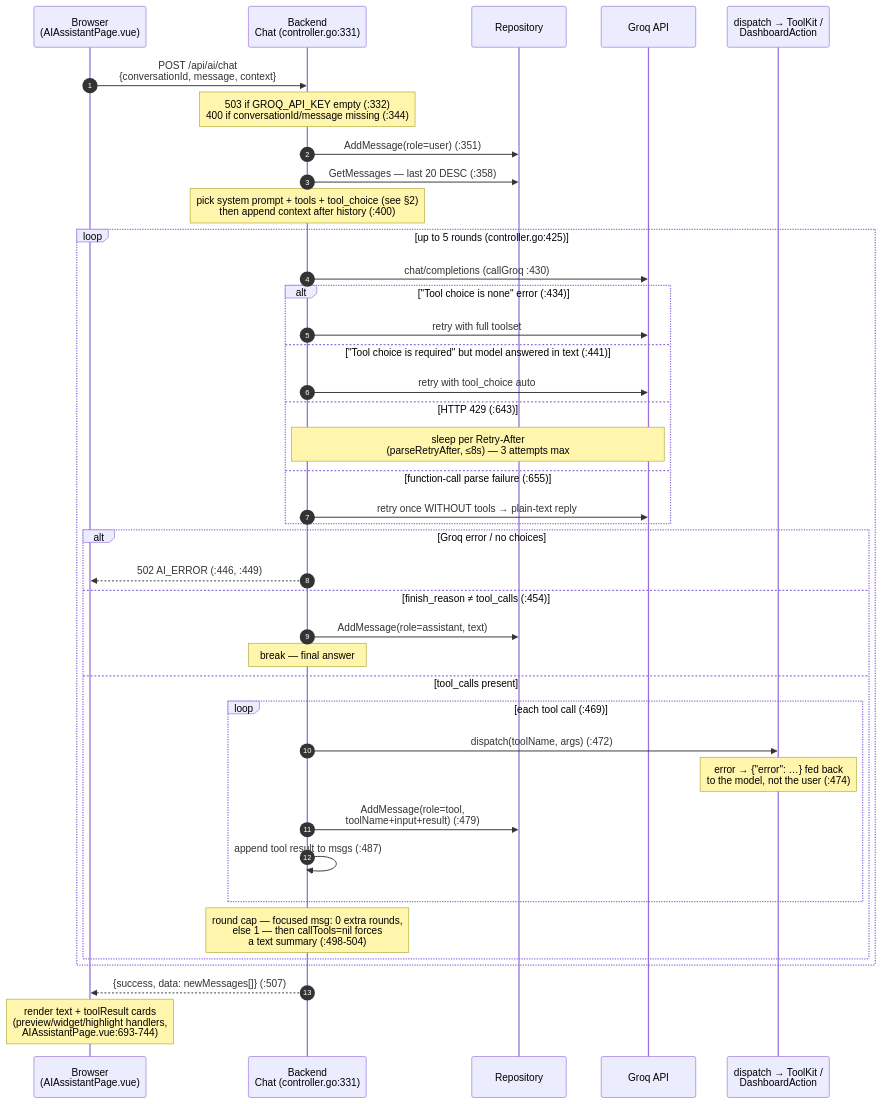
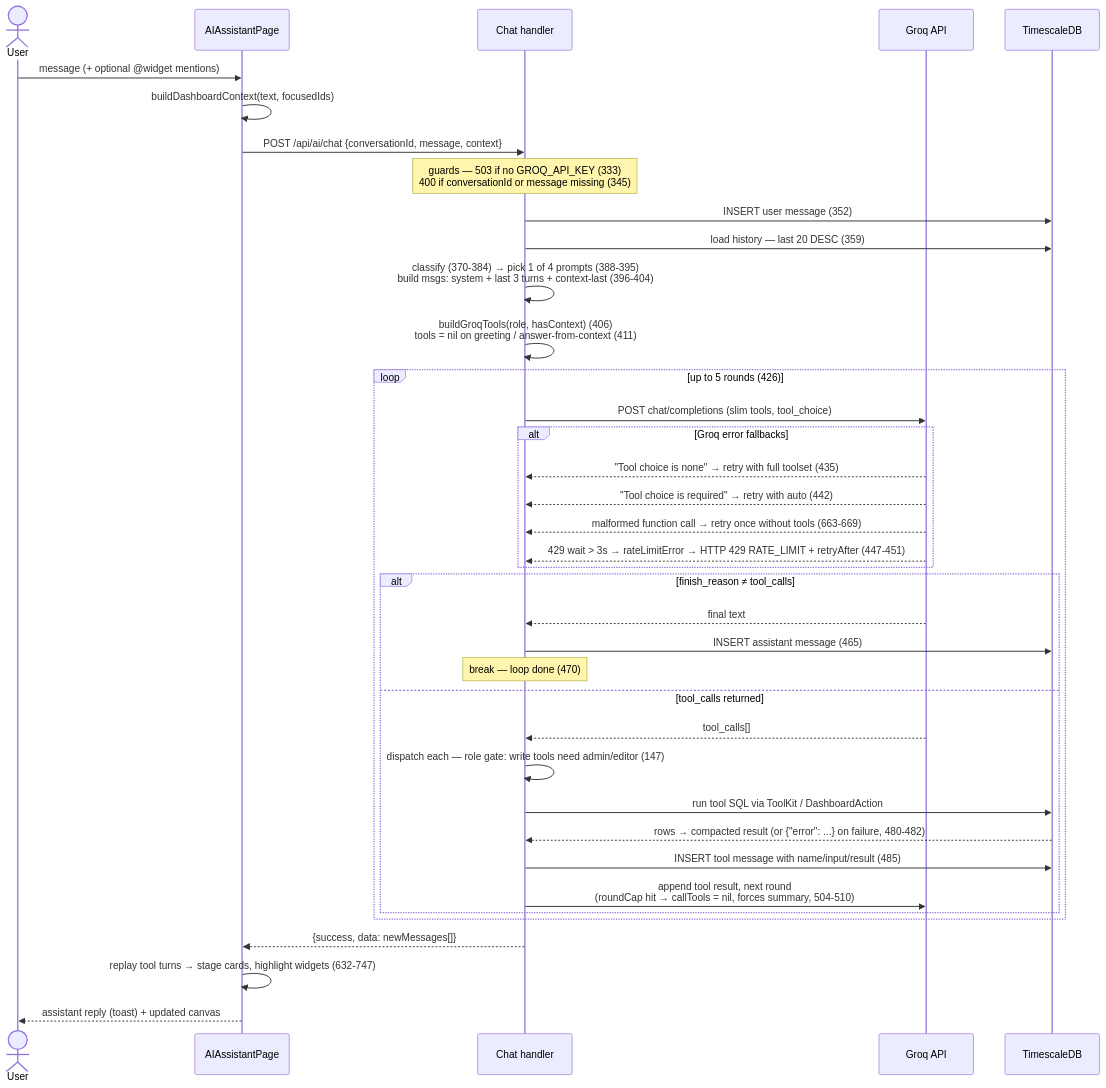
One commit to pepegummo/Project-Dashboard changed the second of 3 diagrams in docs/AI_MODULE_DETAILED.md. Above: the diagram before and after it, drawn with Mermaid. The commit also changed other lines of this file and 6 other files, not shown here.

````diff
--- a/docs/AI_MODULE_DETAILED.md
+++ b/docs/AI_MODULE_DETAILED.md
@@ -107,44 +171,45 @@
 ```mermaid
 sequenceDiagram
-    autonumber
-    participant U as Browser<br/>(AIAssistantPage.vue)
-    participant B as Backend<br/>Chat (controller.go:331)
-    participant R as Repository
-    participant G as Groq API
-    participant T as dispatch → ToolKit /<br/>DashboardAction
+    actor User
+    participant UI as AIAssistantPage
+    participant BE as Chat handler
+    participant GQ as Groq API
+    participant DB as TimescaleDB
 
-    U->>B: POST /api/ai/chat<br/>{conversationId, message, context}
-    Note over B: 503 if GROQ_API_KEY empty (:332)<br/>400 if conversationId/message missing (:344)
-    B->>R: AddMessage(role=user) (:351)
-    B->>R: GetMessages — last 20 DESC (:358)
-    Note over B: pick system prompt + tools + tool_choice (see §2)<br/>then append context after history (:400)
+    User->>UI: message (+ optional @widget mentions)
+    UI->>UI: buildDashboardContext(text, focusedIds)
+    UI->>BE: POST /api/ai/chat {conversationId, message, context}
 
-    loop up to 5 rounds (controller.go:425)
-        B->>G: chat/completions (callGroq :430)
-        alt "Tool choice is none" error (:434)
-            B->>G: retry with full toolset
-        else "Tool choice is required" but model answered in text (:441)
-            B->>G: retry with tool_choice auto
-        else HTTP 429 (:643)
-            Note over B,G: sleep per Retry-After<br/>(parseRetryAfter, ≤8s) — 3 attempts max
-        else function-call parse failure (:655)
-            B->>G: retry once WITHOUT tools → plain-text reply
+    Note over BE: guards — 503 if no GROQ_API_KEY (333)<br/>400 if conversationId or message missing (345)
+
+    BE->>DB: INSERT user message (352)
+    BE->>DB: load history — last 20 DESC (359)
+    BE->>BE: classify (370-384) → pick 1 of 4 prompts (388-395)<br/>build msgs: system + last 3 turns + context-last (396-404)
+    BE->>BE: buildGroqTools(role, hasContext) (406)<br/>tools = nil on greeting / answer-from-context (411)
+
+    loop up to 5 rounds (426)
+        BE->>GQ: POST chat/completions (slim tools, tool_choice)
+        alt Groq error fallbacks
+            GQ-->>BE: "Tool choice is none" → retry with full toolset (435)
+            GQ-->>BE: "Tool choice is required" → retry with auto (442)
+            GQ-->>BE: malformed function call → retry once without tools (663-669)
+            GQ-->>BE: 429 wait > 3s → rateLimitError → HTTP 429 RATE_LIMIT + retryAfter (447-451)
         end
-        alt Groq error / no choices
-            B-->>U: 502 AI_ERROR (:446, :449)
-        else finish_reason ≠ tool_calls (:454)
-            B->>R: AddMessage(role=assistant, text)
-            Note over B: break — final answer
-        else tool_calls present
-            loop each tool call (:469)
-                B->>T: dispatch(toolName, args) (:472)
-                Note over T: error → {"error": …} fed back<br/>to the model, not the user (:474)
-                B->>R: AddMessage(role=tool,<br/>toolName+input+result) (:479)
-                B->>B: append tool result to msgs (:487)
-            end
-            Note over B: round cap — focused msg: 0 extra rounds,<br/>else 1 — then callTools=nil forces<br/>a text summary (:498-504)
+        alt finish_reason ≠ tool_calls
+            GQ-->>BE: final text
+            BE->>DB: INSERT assistant message (465)
+            Note over BE: break — loop done (470)
+        else tool_calls returned
+            GQ-->>BE: tool_calls[]
+            BE->>BE: dispatch each — role gate: write tools need admin/editor (147)
+            BE->>DB: run tool SQL via ToolKit / DashboardAction
+            DB-->>BE: rows → compacted result (or {"error": ...} on failure, 480-482)
+            BE->>DB: INSERT tool message with name/input/result (485)
+            BE->>GQ: append tool result, next round<br/>(roundCap hit → callTools = nil, forces summary, 504-510)
         end
     end
-    B-->>U: {success, data: newMessages[]} (:507)
-    Note over U: render text + toolResult cards<br/>(preview/widget/highlight handlers,<br/>AIAssistantPage.vue:693-744)
+
+    BE-->>UI: {success, data: newMessages[]}
+    UI->>UI: replay tool turns → stage cards, highlight widgets (632-747)
+    UI-->>User: assistant reply (toast) + updated canvas
 ```
````
